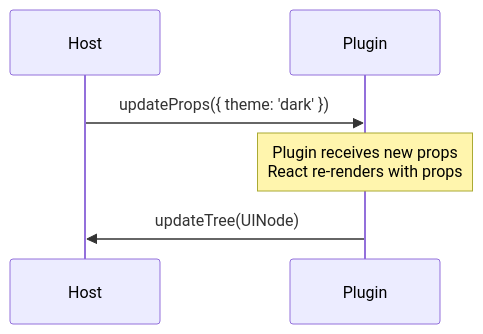
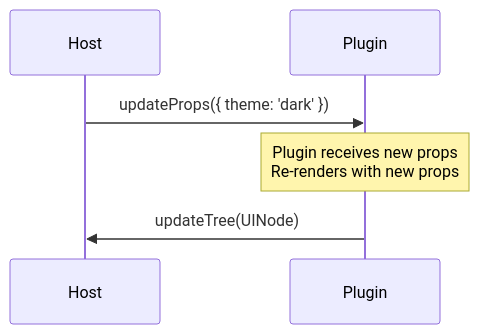
The fourth of 6 diagrams in docs/content/docs/architecture.mdx (HuakunShen/uniview), drawn with Mermaid before and after one commit. The commit also changed other lines of this file and 50 other files, not shown here.

````diff
--- a/docs/content/docs/architecture.mdx
+++ b/docs/content/docs/architecture.mdx
@@ -79,9 +79,9 @@
 ```mermaid
 sequenceDiagram
     participant Host
     participant Plugin
 
     Host->>Plugin: updateProps({ theme: 'dark' })
-    Note over Plugin: Plugin receives new props<br/>React re-renders with props
+    Note over Plugin: Plugin receives new props<br/>Re-renders with new props
     Plugin->>Host: updateTree(UINode)
 ```
````
